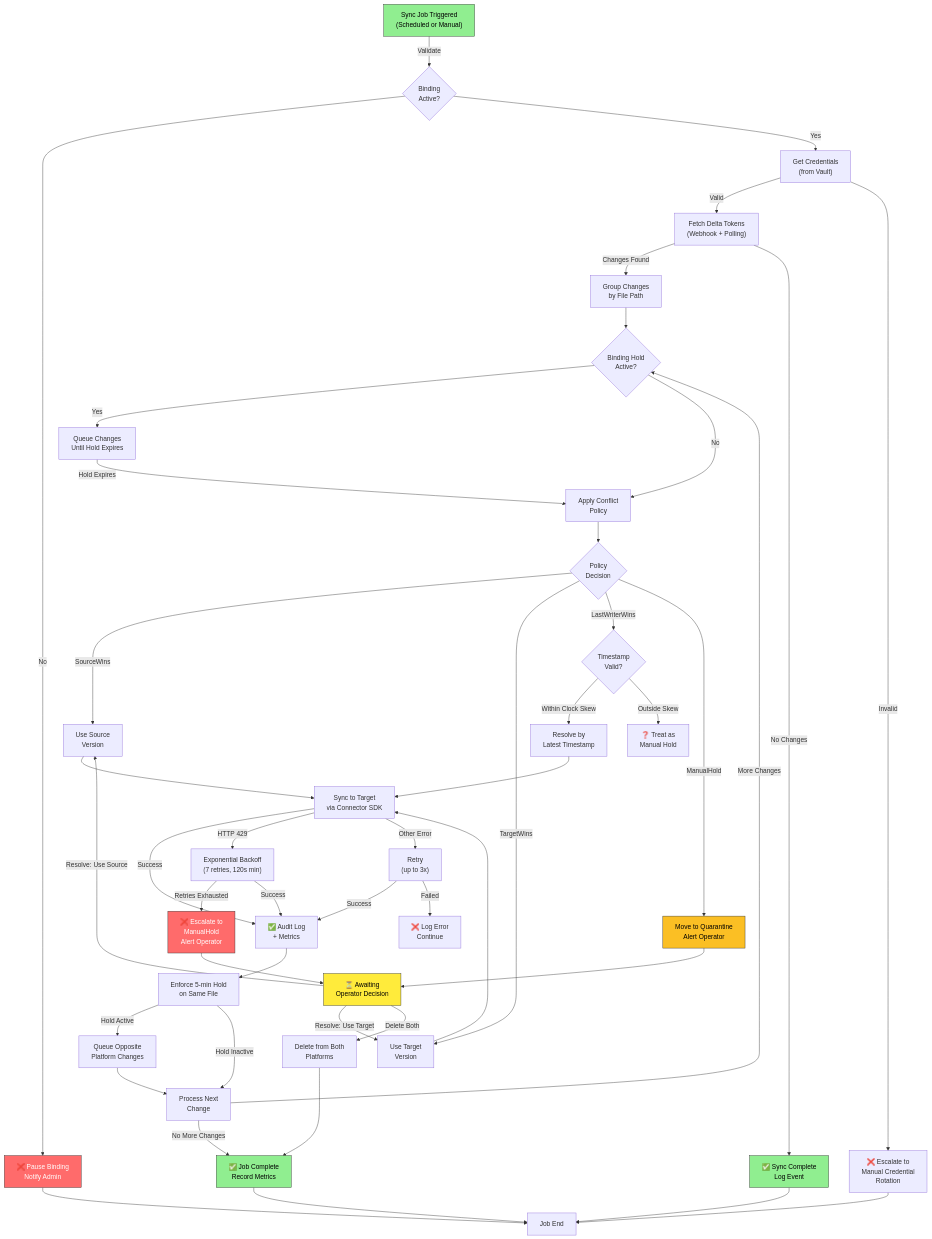
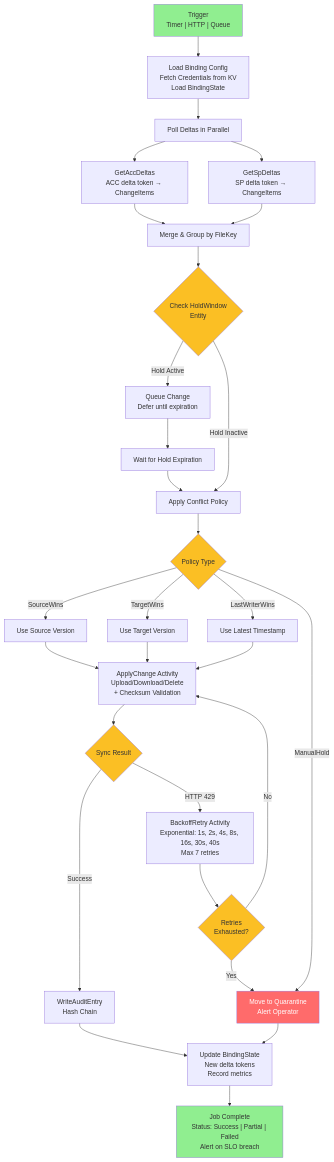
The second of 13 diagrams in specs/001-aec-file-sync/architecture.md (Frederik91/Linksy), drawn with Mermaid before and after one commit. The commit also changed other lines of this file, not shown here.

````diff
--- a/specs/001-aec-file-sync/architecture.md
+++ b/specs/001-aec-file-sync/architecture.md
@@ -394,74 +111,52 @@
 ```mermaid
-graph TB
-    Start["Sync Job Triggered<br/>(Scheduled or Manual)"] -->|Validate| BindingCheck{"Binding<br/>Active?"}
-
-    BindingCheck -->|No| Error1["❌ Pause Binding<br/>Notify Admin"]
-    BindingCheck -->|Yes| GetToken["Get Credentials<br/>(from Vault)"]
-
-    GetToken -->|Valid| FetchDelta["Fetch Delta Tokens<br/>(Webhook + Polling)"]
-    GetToken -->|Invalid| CredError["❌ Escalate to<br/>Manual Credential<br/>Rotation"]
-
-    FetchDelta -->|Changes Found| GroupByFile["Group Changes<br/>by File Path"]
-    FetchDelta -->|No Changes| Complete["✅ Sync Complete<br/>Log Event"]
-
-    GroupByFile --> CheckHold{"Binding Hold<br/>Active?"}
-
-    CheckHold -->|Yes| Queue["Queue Changes<br/>Until Hold Expires"]
-    CheckHold -->|No| ApplyPolicy["Apply Conflict<br/>Policy"]
-
-    Queue -->|Hold Expires| ApplyPolicy
-
-    ApplyPolicy --> PolicyDecision{"Policy<br/>Decision"}
-
-    PolicyDecision -->|SourceWins| UseSrc["Use Source<br/>Version"]
-    PolicyDecision -->|TargetWins| UseTgt["Use Target<br/>Version"]
-    PolicyDecision -->|LastWriterWins| CheckTS{"Timestamp<br/>Valid?"}
-    PolicyDecision -->|ManualHold| Manual["Move to Quarantine<br/>Alert Operator"]
-
-    CheckTS -->|Within Clock Skew| Resolve["Resolve by<br/>Latest Timestamp"]
-    CheckTS -->|Outside Skew| Ambiguous["❓ Treat as<br/>Manual Hold"]
-
-    UseSrc --> Sync["Sync to Target<br/>via Connector SDK"]
-    UseTgt --> Sync
-    Resolve --> Sync
-
-    Sync -->|Success| AuditLog["✅ Audit Log<br/>+ Metrics"]
-    Sync -->|HTTP 429| Backoff["Exponential Backoff<br/>(7 retries, 120s min)"]
-
-    Backoff -->|Retries Exhausted| Escalate["❌ Escalate to<br/>ManualHold<br/>Alert Operator"]
-    Backoff -->|Success| AuditLog
-
-    Sync -->|Other Error| Retry["Retry<br/>(up to 3x)"]
-    Retry -->|Success| AuditLog
-    Retry -->|Failed| LogError["❌ Log Error<br/>Continue"]
-
-    AuditLog --> EnforceHold["Enforce 5-min Hold<br/>on Same File"]
-    EnforceHold -->|Hold Active| QueueOpp["Queue Opposite<br/>Platform Changes"]
-    EnforceHold -->|Hold Inactive| NextChange["Process Next<br/>Change"]
-
-    QueueOpp --> NextChange
-    NextChange -->|More Changes| CheckHold
-    NextChange -->|No More Changes| Final["✅ Job Complete<br/>Record Metrics"]
-
-    Manual --> OperatorWait["⏳ Awaiting<br/>Operator Decision"]
-    Escalate --> OperatorWait
-
-    OperatorWait -->|Resolve: Use Source| UseSrc
-    OperatorWait -->|Resolve: Use Target| UseTgt
-    OperatorWait -->|Delete Both| PurgeBoth["Delete from Both<br/>Platforms"]
-
-    PurgeBoth --> Final
-
-    Error1 --> End["Job End"]
-    CredError --> End
-    Complete --> End
-    Final --> End
-
-    style Start fill:#90ee90,stroke:#333,color:#000
-    style Complete fill:#90ee90,stroke:#333,color:#000
-    style Final fill:#90ee90,stroke:#333,color:#000
-    style Manual fill:#fbbf24,stroke:#333,color:#000
-    style Escalate fill:#ff6b6b,stroke:#333,color:#fff
-    style Error1 fill:#ff6b6b,stroke:#333,color:#fff
-    style OperatorWait fill:#ffeb3b,stroke:#333,color:#000
+graph TD
+    Start["Trigger<br/>Timer | HTTP | Queue"] --> LoadBind["Load Binding Config<br/>Fetch Credentials from KV<br/>Load BindingState"]
+    LoadBind --> GetDeltas["Poll Deltas in Parallel"]
+    
+    GetDeltas --> GetAcc["GetAccDeltas<br/>ACC delta token → ChangeItems"]
+    GetDeltas --> GetSp["GetSpDeltas<br/>SP delta token → ChangeItems"]
+    
+    GetAcc --> Merge["Merge & Group by FileKey"]
+    GetSp --> Merge
+    
+    Merge --> CheckHold{"Check HoldWindow<br/>Entity"}
+    
+    CheckHold -->|Hold Active| Queue["Queue Change<br/>Defer until expiration"]
+    CheckHold -->|Hold Inactive| ApplyPolicy["Apply Conflict Policy"]
+    
+    Queue --> Wait["Wait for Hold Expiration"]
+    Wait --> ApplyPolicy
+    
+    ApplyPolicy --> PolicyDecision{"Policy Type"}
+    
+    PolicyDecision -->|SourceWins| UseSrc["Use Source Version"]
+    PolicyDecision -->|TargetWins| UseTgt["Use Target Version"]
+    PolicyDecision -->|LastWriterWins| UseLatest["Use Latest Timestamp"]
+    PolicyDecision -->|ManualHold| ToQuarantine["Move to Quarantine<br/>Alert Operator"]
+    
+    UseSrc --> ApplyChange["ApplyChange Activity<br/>Upload/Download/Delete<br/>+ Checksum Validation"]
+    UseTgt --> ApplyChange
+    UseLatest --> ApplyChange
+    
+    ApplyChange --> SyncResult{"Sync Result"}
+    
+    SyncResult -->|Success| WriteAudit["WriteAuditEntry<br/>Hash Chain"]
+    SyncResult -->|HTTP 429| Backoff["BackoffRetry Activity<br/>Exponential: 1s, 2s, 4s, 8s, 16s, 30s, 40s<br/>Max 7 retries"]
+    
+    Backoff --> RetryResult{"Retries<br/>Exhausted?"}
+    RetryResult -->|No| ApplyChange
+    RetryResult -->|Yes| ToQuarantine
+    
+    WriteAudit --> UpdateState["Update BindingState<br/>New delta tokens<br/>Record metrics"]
+    ToQuarantine --> UpdateState
+    
+    UpdateState --> Complete["Job Complete<br/>Status: Success | Partial | Failed<br/>Alert on SLO breach"]
+    
+    style Start fill:#90ee90
+    style Complete fill:#90ee90
+    style ToQuarantine fill:#ff6b6b,color:#fff
+    style CheckHold fill:#fbbf24
+    style PolicyDecision fill:#fbbf24
+    style SyncResult fill:#fbbf24
+    style RetryResult fill:#fbbf24
 ```
````
